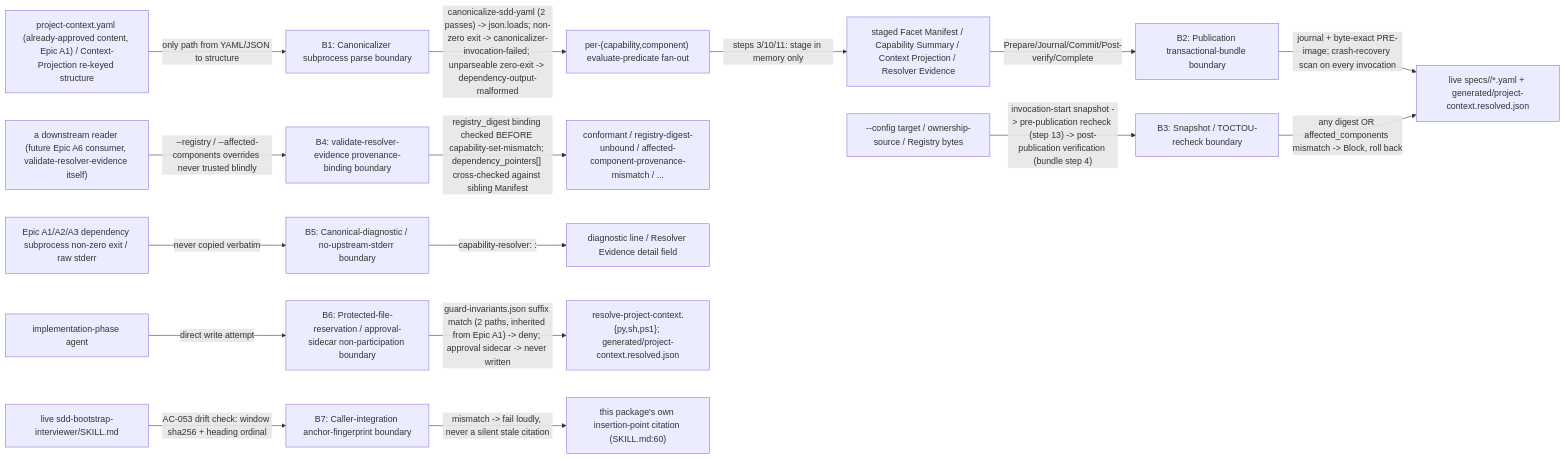
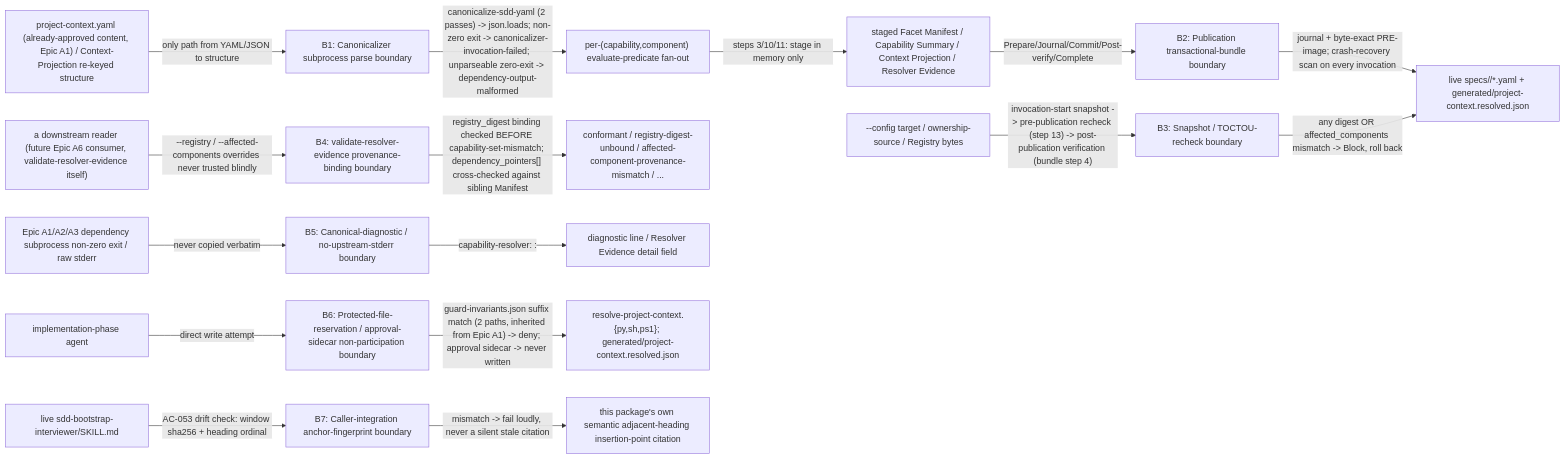
Before and after one commit to aharada54914/sdd-forge: the diagram in specs/epic-193-a5-capability-resolver/security-spec.md, drawn with Mermaid. The commit also changed other lines of this file and 15 other files, not shown here.

````diff
--- a/specs/epic-193-a5-capability-resolver/security-spec.md
+++ b/specs/epic-193-a5-capability-resolver/security-spec.md
@@ -40,24 +40,24 @@
 ```mermaid
 flowchart LR
   YAML["project-context.yaml (already-approved content, Epic A1) / Context-Projection re-keyed structure"] -->|"only path from YAML/JSON to structure"| B1["B1: Canonicalizer subprocess parse boundary"]
   B1 -->|"canonicalize-sdd-yaml (2 passes) -> json.loads; non-zero exit -> canonicalizer-invocation-failed; unparseable zero-exit -> dependency-output-malformed"| EVAL["per-(capability,component) evaluate-predicate fan-out"]
 
   EVAL -->|"steps 3/10/11: stage in memory only"| STAGE["staged Facet Manifest / Capability Summary / Context Projection / Resolver Evidence"]
   STAGE -->|"Prepare/Journal/Commit/Post-verify/Complete"| B2["B2: Publication transactional-bundle boundary"]
   B2 -->|"journal + byte-exact PRE-image; crash-recovery scan on every invocation"| LIVE["live specs/<feature>/*.yaml + generated/project-context.resolved.json"]
 
   SRC["--config target / ownership-source / Registry bytes"] -->|"invocation-start snapshot -> pre-publication recheck (step 13) -> post-publication verification (bundle step 4)"| B3["B3: Snapshot / TOCTOU-recheck boundary"]
   B3 -->|"any digest OR affected_components mismatch -> Block, roll back"| LIVE
 
   READER["a downstream reader (future Epic A6 consumer, validate-resolver-evidence itself)"] -->|"--registry / --affected-components overrides never trusted blindly"| B4["B4: validate-resolver-evidence provenance-binding boundary"]
   B4 -->|"registry_digest binding checked BEFORE capability-set-mismatch; dependency_pointers[] cross-checked against sibling Manifest"| VERDICT["conformant / registry-digest-unbound / affected-component-provenance-mismatch / ..."]
 
   DEP["Epic A1/A2/A3 dependency subprocess non-zero exit / raw stderr"] -->|"never copied verbatim"| B5["B5: Canonical-diagnostic / no-upstream-stderr boundary"]
   B5 -->|"capability-resolver: <check-id>: <canonical Resolver-owned sentence>"| DIAG["diagnostic line / Resolver Evidence detail field"]
 
   AGENT["implementation-phase agent"] -->|"direct write attempt"| B6["B6: Protected-file-reservation / approval-sidecar non-participation boundary"]
   B6 -->|"guard-invariants.json suffix match (2 paths, inherited from Epic A1) -> deny; approval sidecar -> never written"| PROTECTED["resolve-project-context.{py,sh,ps1}; generated/project-context.resolved.json"]
 
   SKILLMD["live sdd-bootstrap-interviewer/SKILL.md"] -->|"AC-053 drift check: window sha256 + heading ordinal"| B7["B7: Caller-integration anchor-fingerprint boundary"]
-  B7 -->|"mismatch -> fail loudly, never a silent stale citation"| CITATION["this package's own insertion-point citation (SKILL.md:60)"]
+  B7 -->|"mismatch -> fail loudly, never a silent stale citation"| CITATION["this package's own semantic adjacent-heading insertion-point citation"]
 ```
````
